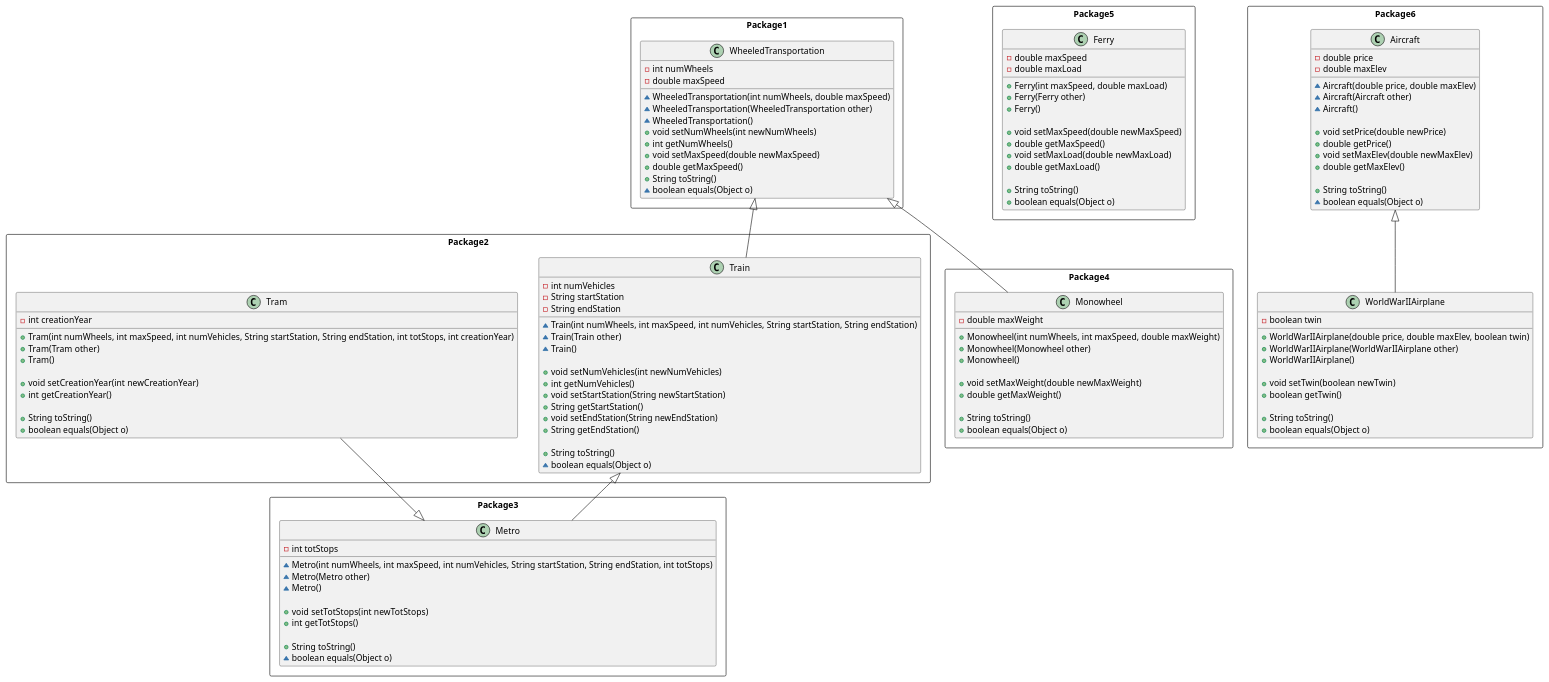
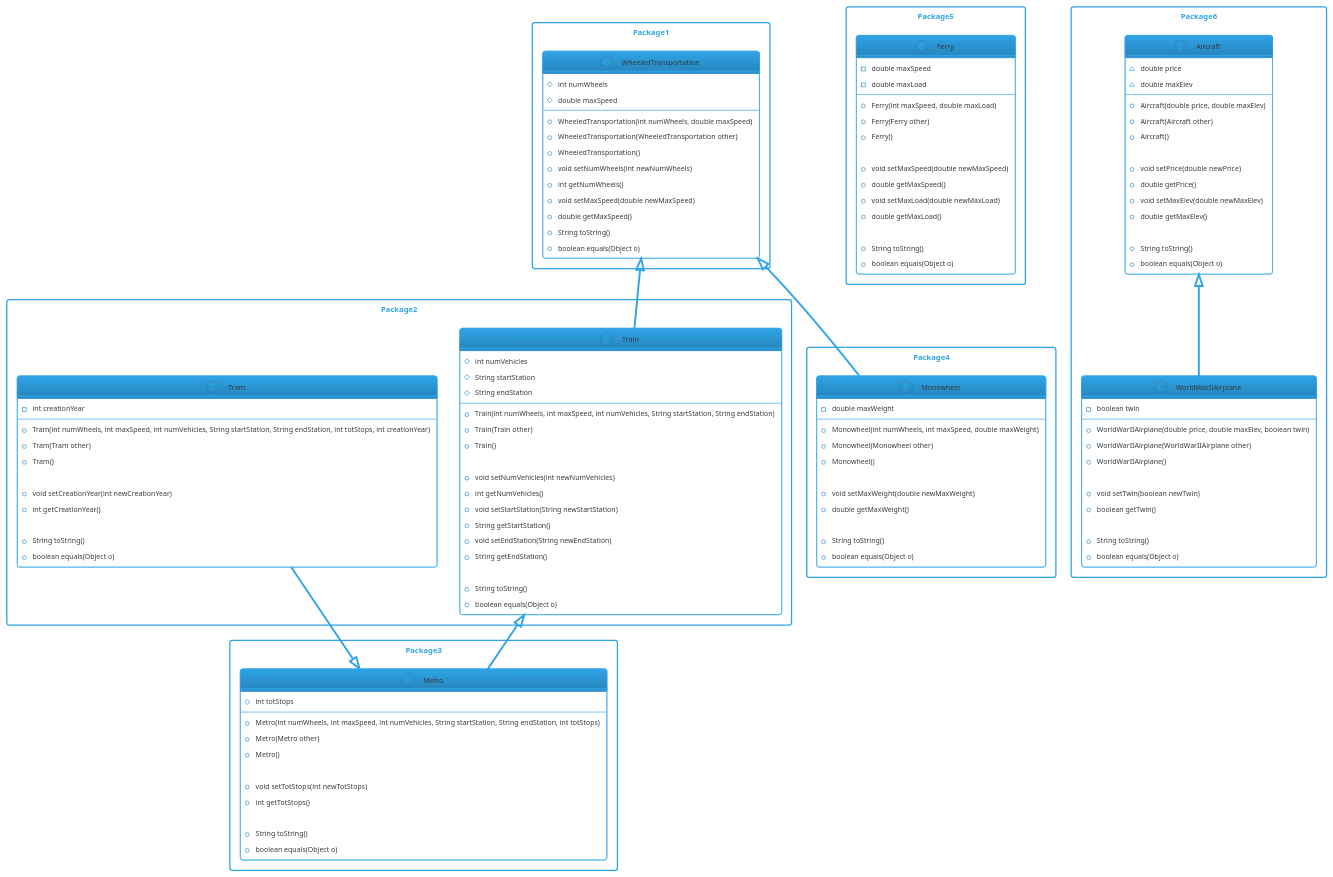
Before and after one commit to d0rarara/COMP249_ASSIGNMENT2: the diagram in model.puml, drawn with PlantUML. The commit also changed 20 other files, not shown here.

```diff
--- a/model.puml
+++ b/model.puml
@@ -1,149 +1,151 @@
 @startuml Comp 4 Assignment 2
+
+!theme cerulean-outline
 
 rectangle Package1 {
     class WheeledTransportation {
-    - int numWheels
-    - double maxSpeed
+    # int numWheels
+    # double maxSpeed
 
-    ~ WheeledTransportation(int numWheels, double maxSpeed)
-    ~ WheeledTransportation(WheeledTransportation other)
-    ~ WheeledTransportation()
+    + WheeledTransportation(int numWheels, double maxSpeed)
+    + WheeledTransportation(WheeledTransportation other)
+    + WheeledTransportation()
     + void setNumWheels(int newNumWheels)
     + int getNumWheels()
     + void setMaxSpeed(double newMaxSpeed)
     + double getMaxSpeed()
     + String toString()
-    ~ boolean equals(Object o)
+    + boolean equals(Object o)
     }
 }
 
 rectangle Package2 {
     class Train {
-    - int numVehicles
-    - String startStation
-    - String endStation
+    # int numVehicles
+    # String startStation
+    # String endStation
 
-    ~ Train(int numWheels, int maxSpeed, int numVehicles, String startStation, String endStation)
-    ~ Train(Train other)
-    ~ Train()
+    + Train(int numWheels, int maxSpeed, int numVehicles, String startStation, String endStation)
+    + Train(Train other)
+    + Train()
 
     + void setNumVehicles(int newNumVehicles)
     + int getNumVehicles()
     + void setStartStation(String newStartStation)
     + String getStartStation()
     + void setEndStation(String newEndStation)
     + String getEndStation()
 
     + String toString()
-    ~ boolean equals(Object o)
+    + boolean equals(Object o)
     }
 
     class Tram{
         - int creationYear
 
         + Tram(int numWheels, int maxSpeed, int numVehicles, String startStation, String endStation, int totStops, int creationYear)
         + Tram(Tram other)
         + Tram()
 
         + void setCreationYear(int newCreationYear)
         + int getCreationYear()
 
         + String toString()
         + boolean equals(Object o)
     }
 }
 
 rectangle Package3 {
     class Metro {
-    - int totStops
+    # int totStops
 
-    ~ Metro(int numWheels, int maxSpeed, int numVehicles, String startStation, String endStation, int totStops)
-    ~ Metro(Metro other)
-    ~ Metro()
+    + Metro(int numWheels, int maxSpeed, int numVehicles, String startStation, String endStation, int totStops)
+    + Metro(Metro other)
+    + Metro()
 
     + void setTotStops(int newTotStops)
     + int getTotStops()
 
     + String toString()
-    ~ boolean equals(Object o)
+    + boolean equals(Object o)
     }
 }
 
 rectangle Package4 {
     class Monowheel{
     - double maxWeight
 
     + Monowheel(int numWheels, int maxSpeed, double maxWeight)
     + Monowheel(Monowheel other)
     + Monowheel()
 
     + void setMaxWeight(double newMaxWeight)
     + double getMaxWeight()
 
     + String toString()
     + boolean equals(Object o)
     }
 }
 
 rectangle Package5 {
     class Ferry{
     - double maxSpeed
     - double maxLoad
 
     + Ferry(int maxSpeed, double maxLoad)
     + Ferry(Ferry other)
     + Ferry()
 
     + void setMaxSpeed(double newMaxSpeed)
     + double getMaxSpeed()
     + void setMaxLoad(double newMaxLoad)
     + double getMaxLoad()
 
     + String toString()
     + boolean equals(Object o)
     }
 }
 
 rectangle Package6 {
     class Aircraft{
-    - double price
-    - double maxElev
+    ~ double price
+    ~ double maxElev
 
-    ~ Aircraft(double price, double maxElev)
-    ~ Aircraft(Aircraft other)
-    ~ Aircraft()
+    + Aircraft(double price, double maxElev)
+    + Aircraft(Aircraft other)
+    + Aircraft()
 
     + void setPrice(double newPrice)
     + double getPrice()
     + void setMaxElev(double newMaxElev)
     + double getMaxElev()
 
     + String toString()
-    ~ boolean equals(Object o)
+    + boolean equals(Object o)
     }
 
     class WorldWarIIAirplane{
     - boolean twin
 
     + WorldWarIIAirplane(double price, double maxElev, boolean twin)
     + WorldWarIIAirplane(WorldWarIIAirplane other)
     + WorldWarIIAirplane()
 
     + void setTwin(boolean newTwin)
     + boolean getTwin()
 
     + String toString()
     + boolean equals(Object o)
     }
 }
 
 
 
 
 WheeledTransportation <|-- Train 
 Train <|-- Metro
 Metro <|-- Tram
 WheeledTransportation <|-- Monowheel
 Aircraft <|-- WorldWarIIAirplane
 
 @enduml
```
